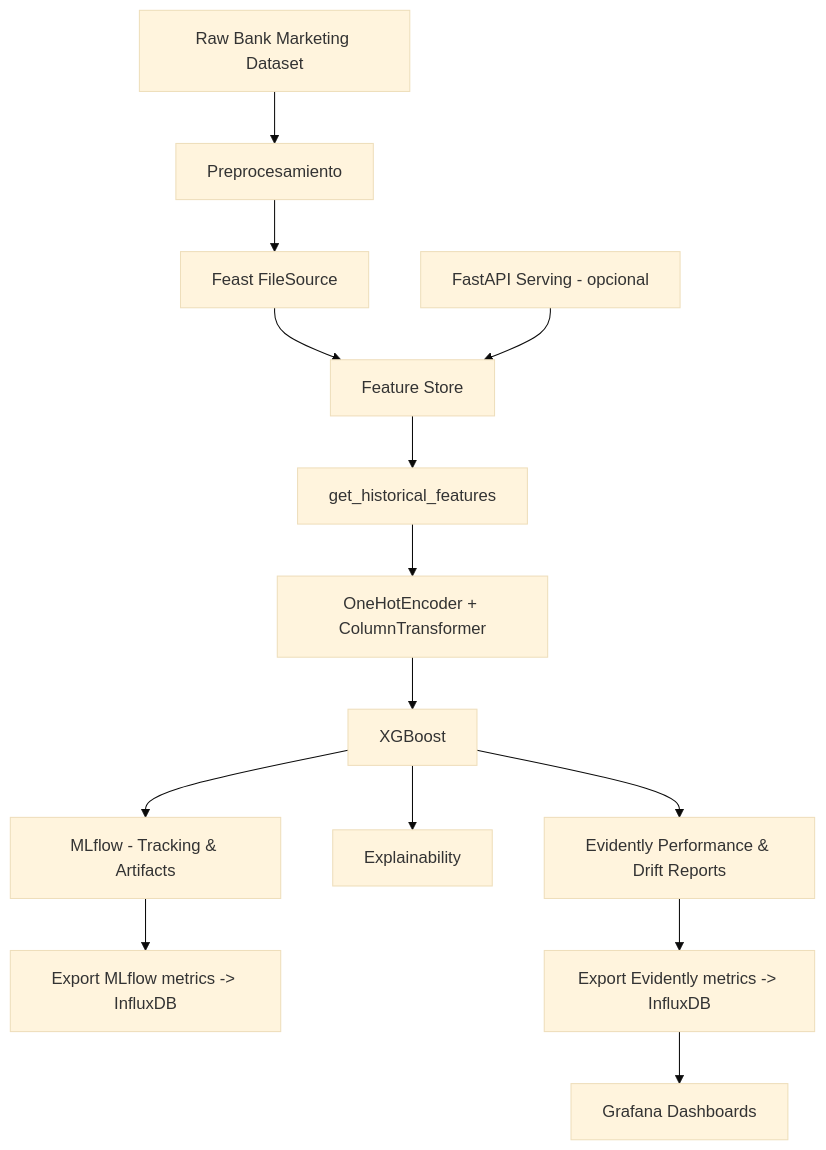
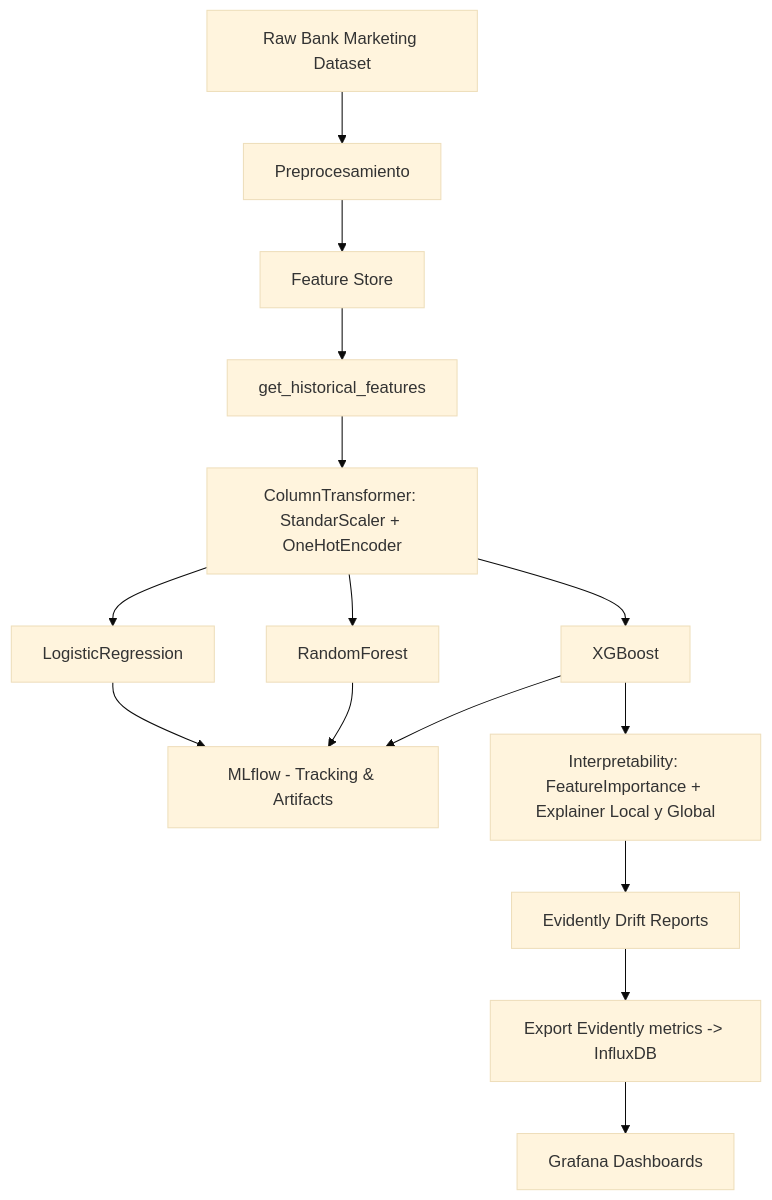
Before and after one commit to edynsoncoronado/mle-III: the diagram in README.md, drawn with Mermaid (base theme). The commit also changed other lines of this file and 4 other files, not shown here.

````diff
--- a/README.md
+++ b/README.md
@@ -24,16 +24,22 @@
 ```mermaid
 flowchart TD
   A[Raw Bank Marketing Dataset] --> B[Preprocesamiento]
-  B --> C[Feast FileSource]
-  C --> D[Feature Store]
-  D --> E[get_historical_features]
-  E --> F[OneHotEncoder + ColumnTransformer]
-  F --> G[XGBoost]
-  G --> H[MLflow - Tracking & Artifacts]
-  G --> I[Explainability]
-  G --> J[Evidently Performance & Drift Reports]
-  H --> K[Export MLflow metrics -> InfluxDB]
-  J --> L[Export Evidently metrics -> InfluxDB]
+  B --> C[Feature Store]
+  C --> D[get_historical_features]
+  D --> E[ColumnTransformer: StandarScaler + OneHotEncoder]
+  
+  E --> F[LogisticRegression]
+  F --> G[MLflow - Tracking & Artifacts]
+  
+  E --> H[RandomForest]
+  H --> G
+
+  E --> I[XGBoost]
+  I --> G
+
+  I --> J[Interpretability: FeatureImportance + Explainer Local y Global]
+  J --> K[Evidently Drift Reports]
+  
+  K --> L[Export Evidently metrics -> InfluxDB]
   L --> M[Grafana Dashboards]
-  N[FastAPI Serving - opcional] --> D
-``` 
+```
````
